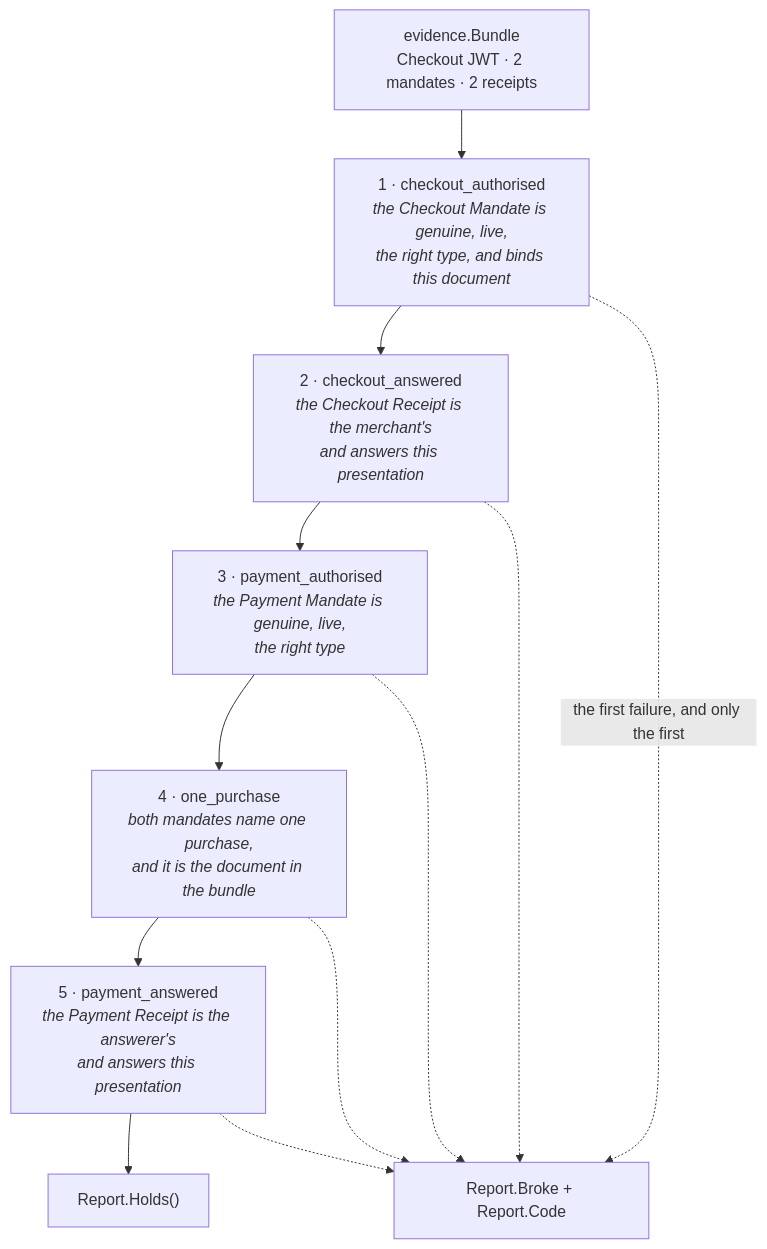
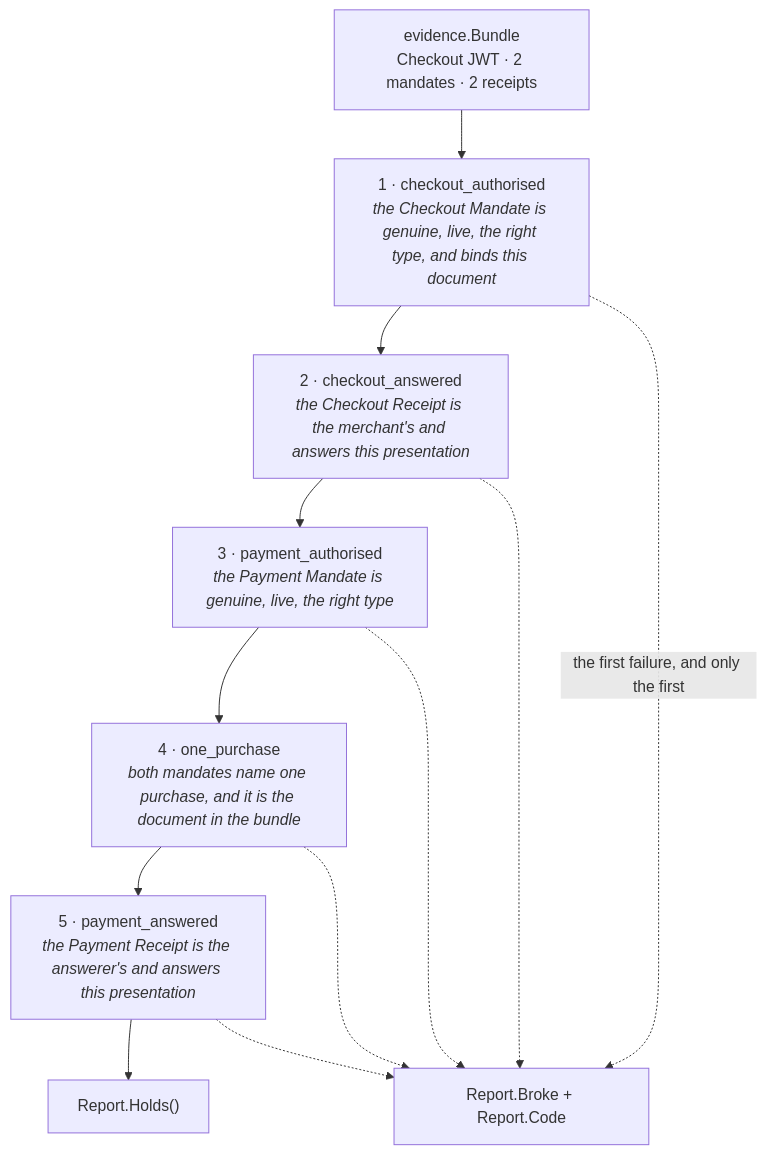
Before and after one commit to SkylinePlatform/agentic-payments: the diagram in docs/specs/2026-08-07-dispute-evidence-design.md, drawn with Mermaid. The commit also changed 6 other files, not shown here.

First line of the commit message:
docs: diagrams that glue their own words on the renderer readers use (#264)

````diff
--- a/docs/specs/2026-08-07-dispute-evidence-design.md
+++ b/docs/specs/2026-08-07-dispute-evidence-design.md
@@ -175,18 +175,24 @@
 ```mermaid
 flowchart TD
-    B["evidence.Bundle<br/>Checkout JWT · 2 mandates · 2 receipts"] --> S1
+    B["`evidence.Bundle
+    Checkout JWT · 2 mandates · 2 receipts`"] --> S1
 
-    S1["1 · checkout_authorised<br/><i>the Checkout Mandate is genuine, live,<br/>the right type, and binds this document</i>"]
-    S2["2 · checkout_answered<br/><i>the Checkout Receipt is the merchant's<br/>and answers this presentation</i>"]
-    S3["3 · payment_authorised<br/><i>the Payment Mandate is genuine, live,<br/>the right type</i>"]
-    S4["4 · one_purchase<br/><i>both mandates name one purchase,<br/>and it is the document in the bundle</i>"]
-    S5["5 · payment_answered<br/><i>the Payment Receipt is the answerer's<br/>and answers this presentation</i>"]
+    S1["`1 · checkout_authorised
+    *the Checkout Mandate is genuine, live, the right type, and binds this document*`"]
+    S2["`2 · checkout_answered
+    *the Checkout Receipt is the merchant's and answers this presentation*`"]
+    S3["`3 · payment_authorised
+    *the Payment Mandate is genuine, live, the right type*`"]
+    S4["`4 · one_purchase
+    *both mandates name one purchase, and it is the document in the bundle*`"]
+    S5["`5 · payment_answered
+    *the Payment Receipt is the answerer's and answers this presentation*`"]
 
     S1 --> S2 --> S3 --> S4 --> S5 --> H["Report.Holds()"]
 
     S1 -. "the first failure, and only the first" .-> R["Report.Broke + Report.Code"]
     S2 -.-> R
     S3 -.-> R
     S4 -.-> R
     S5 -.-> R
 ```
````
